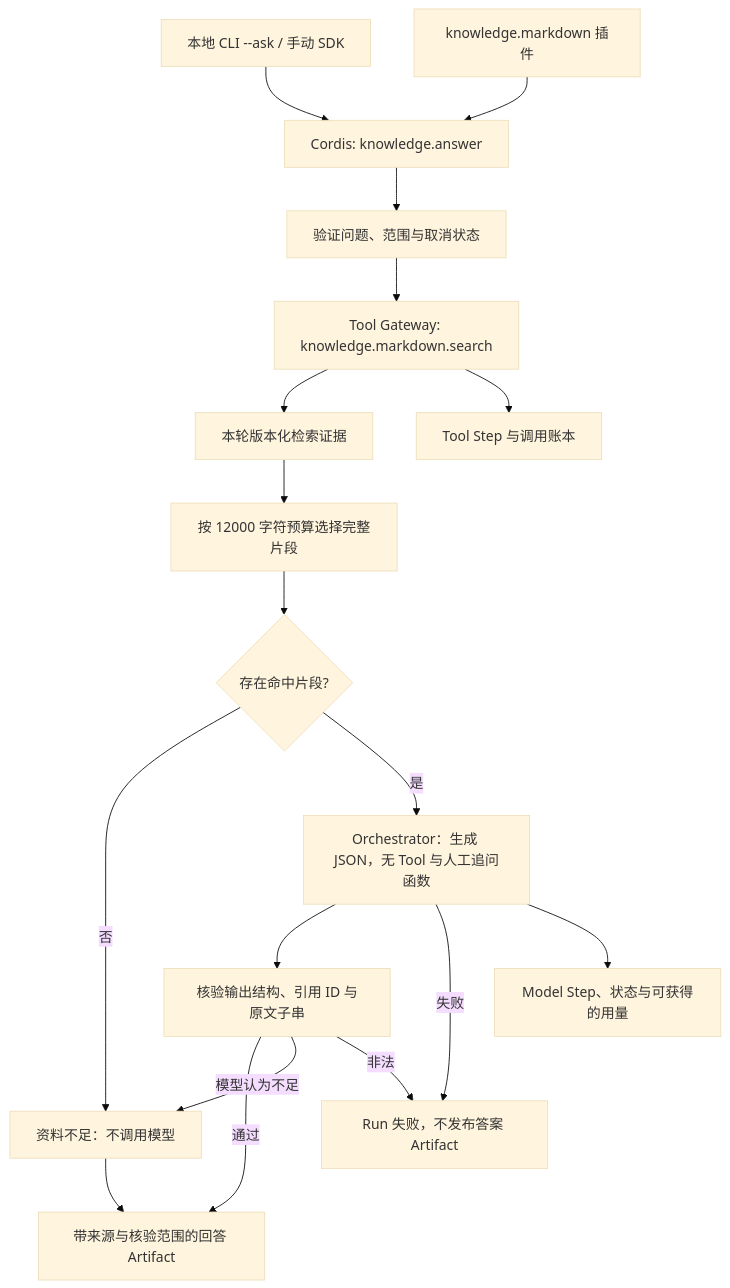
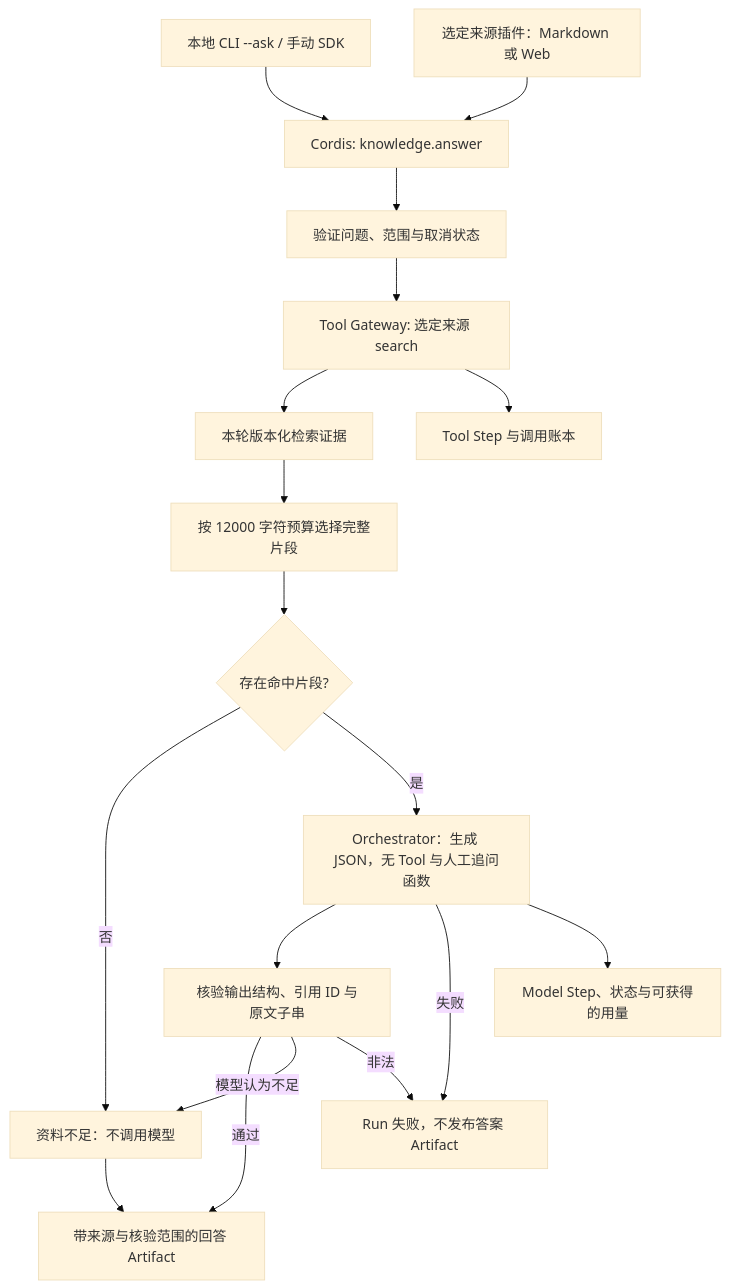
Before and after one commit to KlayPeter/AI-Delivery-Ops-Agent: the diagram in backend/src/knowledge/answer/FEATURE.md, drawn with Mermaid (base theme). The commit also changed other lines of this file and 23 other files, not shown here.

Commit message:
feat: add bounded public web knowledge source and RAG profile

````diff
--- a/backend/src/knowledge/answer/FEATURE.md
+++ b/backend/src/knowledge/answer/FEATURE.md
@@ -22,20 +22,20 @@
 ```mermaid
 flowchart TD
     U[本地 CLI --ask / 手动 SDK] --> P[Cordis: knowledge.answer]
-    S[knowledge.markdown 插件] --> P
+    S[选定来源插件：Markdown 或 Web] --> P
     P --> V[验证问题、范围与取消状态]
-    V --> T[Tool Gateway: knowledge.markdown.search]
+    V --> T[Tool Gateway: 选定来源 search]
     T --> E[本轮版本化检索证据]
     E --> C[按 12000 字符预算选择完整片段]
     C --> N{存在命中片段?}
     N -- 否 --> A[资料不足：不调用模型]
     N -- 是 --> M[Orchestrator：生成 JSON，无 Tool 与人工追问函数]
     M --> K[核验输出结构、引用 ID 与原文子串]
     K -- 通过 --> R[带来源与核验范围的回答 Artifact]
     K -- 模型认为不足 --> A
     K -- 非法 --> F[Run 失败，不发布答案 Artifact]
     M -- 失败 --> F
     T --> L[Tool Step 与调用账本]
     M --> L2[Model Step、状态与可获得的用量]
     A --> R
 ```
````
